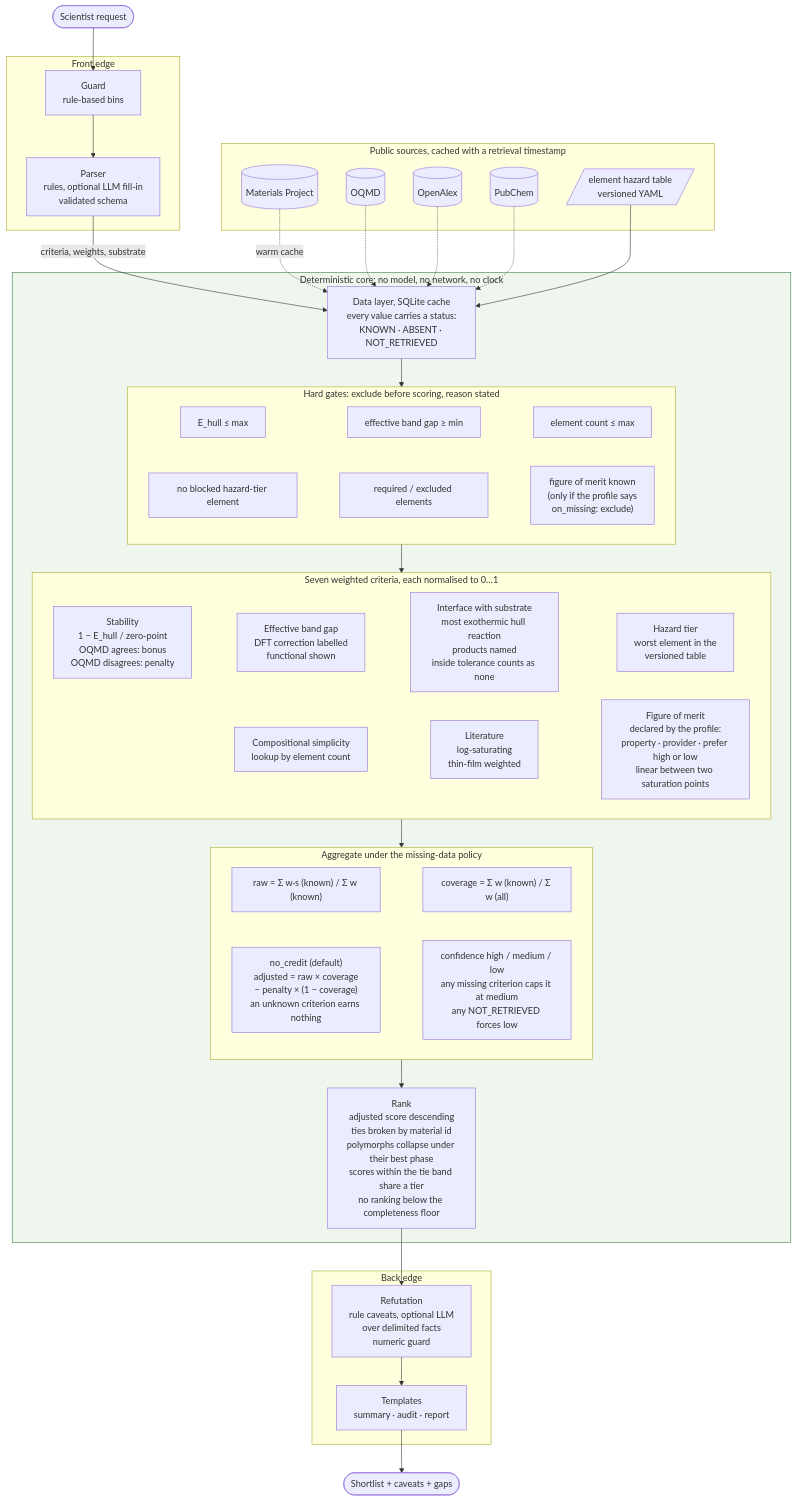
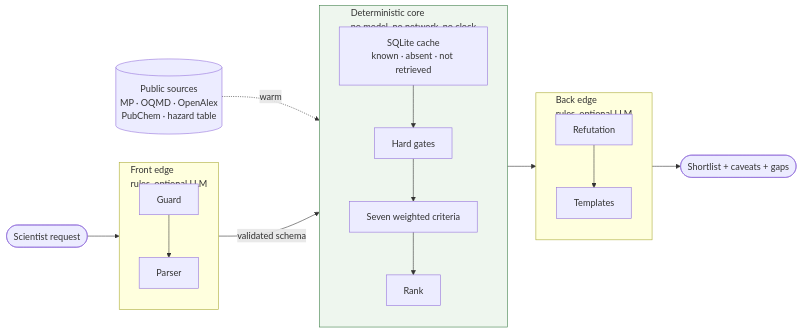
Before and after one commit to a-bissell/Oxbow: the diagram in docs/design-note.md, drawn with Mermaid. The commit also changed other lines of this file, not shown here.

Commit message:
Replace full-spec mermaid diagram with architectural overview
The diagram now shows the three-stage pipeline and the model boundary
(LLM at the edges, deterministic core sealed); gate lists, scoring
formulas and aggregation math live in sections 4-8 instead.

````diff
--- a/docs/design-note.md
+++ b/docs/design-note.md
@@ -20,43 +20,19 @@
 ```mermaid
-flowchart TB
-    REQ([Scientist request]) --> G
-    subgraph EDGE_IN["Front edge"]
-        G["Guard<br/>rule-based bins"] --> P["Parser<br/>rules, optional LLM fill-in<br/>validated schema"]
+flowchart LR
+    REQ([Scientist request]) --> FE
+    subgraph FE["Front edge<br/>rules, optional LLM"]
+        direction TB
+        G["Guard"] --> P["Parser"]
     end
-    subgraph SRC["Public sources, cached with a retrieval timestamp"]
-        MP[("Materials Project")]
-        OQ[("OQMD")]
-        OA[("OpenAlex")]
-        PC[("PubChem")]
-        HZ[/"element hazard table<br/>versioned YAML"/]
+    subgraph CORE["Deterministic core<br/>no model, no network, no clock"]
+        direction TB
+        D["SQLite cache<br/>known · absent · not retrieved"] --> GA["Hard gates"] --> S["Seven weighted criteria"] --> R["Rank"]
     end
-    subgraph CORE["Deterministic core: no model, no network, no clock"]
-        D["Data layer, SQLite cache<br/>every value carries a status:<br/>KNOWN · ABSENT · NOT_RETRIEVED"]
-        subgraph GATES["Hard gates: exclude before scoring, reason stated"]
-            G1["E_hull ≤ max"] ~~~ G2["effective band gap ≥ min"] ~~~ G3["element count ≤ max"]
-            G4["no blocked hazard-tier element"] ~~~ G5["required / excluded elements"] ~~~ G6["figure of merit known<br/>(only if the profile says<br/>on_missing: exclude)"]
-        end
-        subgraph CRIT["Seven weighted criteria, each normalised to 0…1"]
-            C1["Stability<br/>1 − E_hull / zero-point<br/>OQMD agrees: bonus<br/>OQMD disagrees: penalty"] ~~~ C2["Effective band gap<br/>DFT correction labelled<br/>functional shown"] ~~~ C3["Interface with substrate<br/>most exothermic hull reaction<br/>products named<br/>inside tolerance counts as none"] ~~~ C4["Hazard tier<br/>worst element in the<br/>versioned table"]
-            C5["Compositional simplicity<br/>lookup by element count"] ~~~ C6["Literature<br/>log-saturating<br/>thin-film weighted"] ~~~ C7["Figure of merit<br/>declared by the profile:<br/>property · provider · prefer high or low<br/>linear between two saturation points"]
-        end
-        subgraph AGG["Aggregate under the missing-data policy"]
-            A1["raw = Σ w·s (known) / Σ w (known)"] ~~~ A2["coverage = Σ w (known) / Σ w (all)"]
-            A3["no_credit (default)<br/>adjusted = raw × coverage<br/>− penalty × (1 − coverage)<br/>an unknown criterion earns nothing"] ~~~ A4["confidence high / medium / low<br/>any missing criterion caps it at medium<br/>any NOT_RETRIEVED forces low"]
-        end
-        R["Rank<br/>adjusted score descending<br/>ties broken by material id<br/>polymorphs collapse under their best phase<br/>scores within the tie band share a tier<br/>no ranking below the completeness floor"]
-        D --> GATES --> CRIT --> AGG --> R
+    subgraph BE["Back edge<br/>rules, optional LLM"]
+        direction TB
+        F["Refutation"] --> T["Templates"]
     end
-    subgraph EDGE_OUT["Back edge"]
-        F["Refutation<br/>rule caveats, optional LLM<br/>over delimited facts<br/>numeric guard"] --> T["Templates<br/>summary · audit · report"]
-    end
-    P -->|"criteria, weights, substrate"| D
-    MP -.warm cache.-> D
-    OQ -.-> D
-    OA -.-> D
-    PC -.-> D
-    HZ --> D
-    R --> F
-    T --> OUT([Shortlist + caveats + gaps])
+    SRC[("Public sources<br/>MP · OQMD · OpenAlex<br/>PubChem · hazard table")] -.warm.-> D
+    FE -->|validated schema| CORE --> BE --> OUT([Shortlist + caveats + gaps])
     style CORE fill:#eef6ee,stroke:#3a7d44
 ```
````
